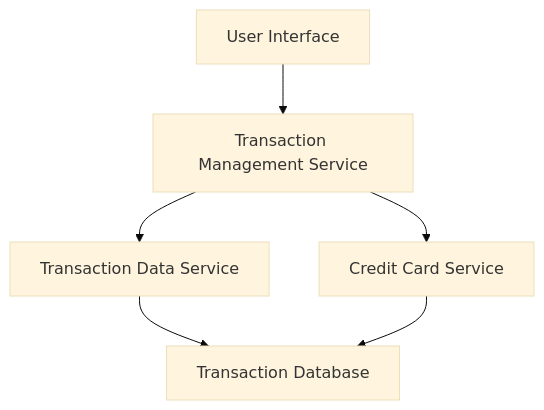
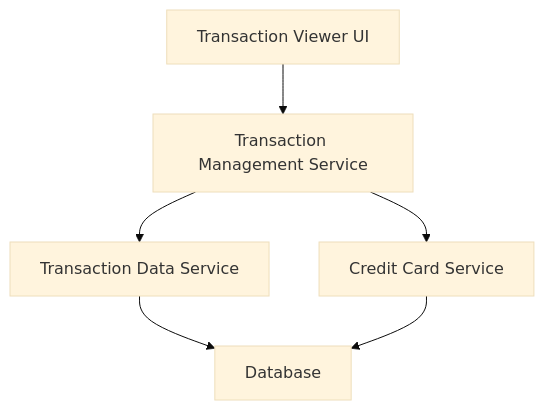
Before and after one commit to AAVA-Demo/APB_Demo: the diagram in HLD/QE-8581_HLD.md, drawn with Mermaid (base theme). The commit also changed other lines of this file and 5 other files, not shown here.

````diff
--- a/HLD/QE-8581_HLD.md
+++ b/HLD/QE-8581_HLD.md
@@ -7,13 +7,13 @@
 ```mermaid
 flowchart TD
-    A["User Interface"]
+    A["Transaction Viewer UI"]
     B["Transaction Management Service"]
     C["Transaction Data Service"]
     D["Credit Card Service"]
-    E["Transaction Database"]
+    E["Database"]
     A --> B
     B --> C
     B --> D
     C --> E
     D --> E
 ```
````
